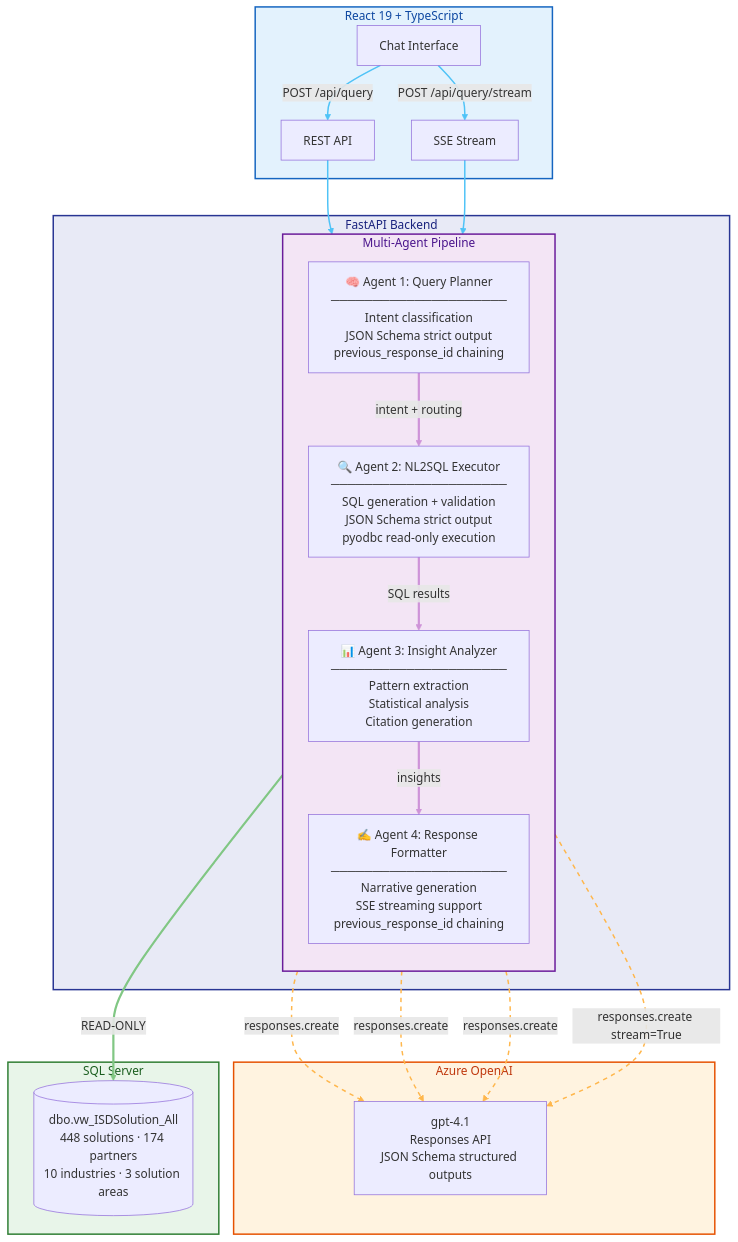
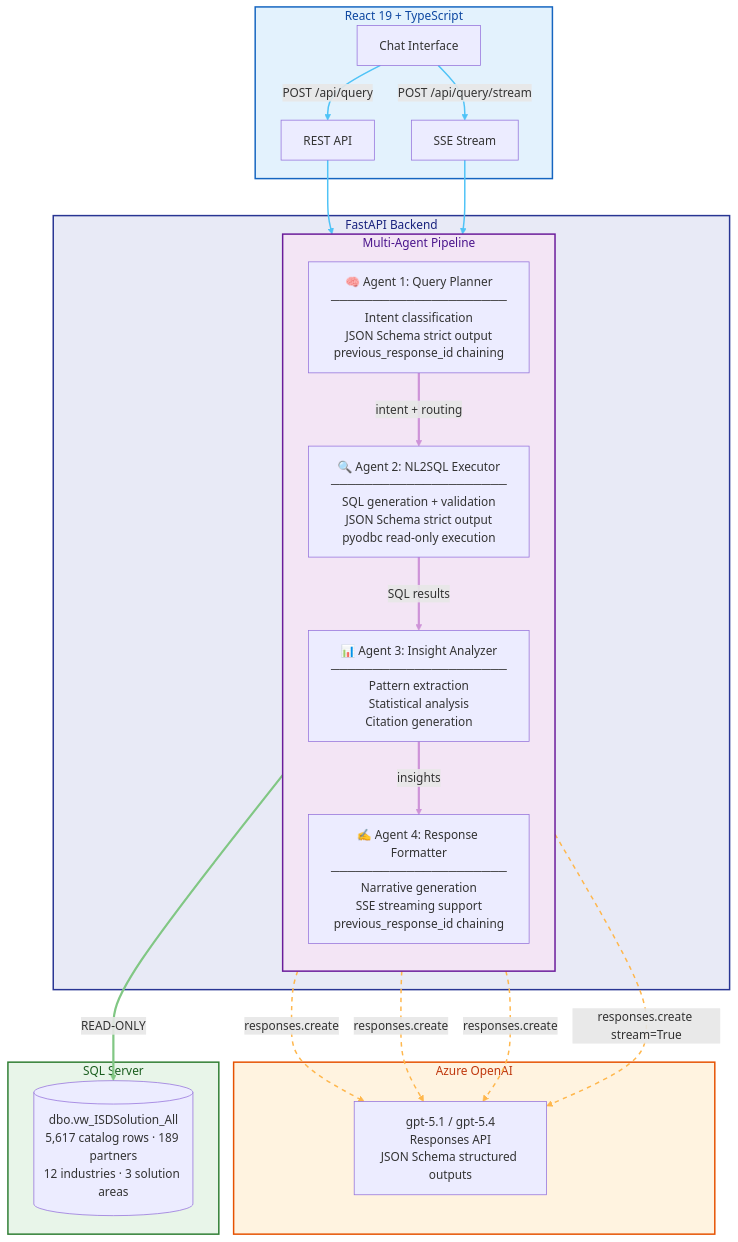
Before and after one commit to Arturo-Quiroga-MSFT/Industry-Solutions-Directory-PRO-Code: the diagram in README.md, drawn with Mermaid. The commit also changed other lines of this file and 125 other files, not shown here.

````diff
--- a/README.md
+++ b/README.md
@@ -44,48 +44,48 @@
 ```mermaid
 flowchart TB
     subgraph Frontend["React 19 + TypeScript"]
         UI[Chat Interface] -->|POST /api/query| API
         UI -->|POST /api/query/stream| SSE[SSE Stream]
     end
 
     subgraph Backend["FastAPI Backend"]
         API[REST API] --> Pipeline
         SSE --> Pipeline
     end
 
     subgraph Pipeline["Multi-Agent Pipeline"]
         direction TB
         A1["🧠 Agent 1: Query Planner\n─────────────────────\nIntent classification\nJSON Schema strict output\nprevious_response_id chaining"]
         A2["🔍 Agent 2: NL2SQL Executor\n─────────────────────\nSQL generation + validation\nJSON Schema strict output\npyodbc read-only execution"]
         A3["📊 Agent 3: Insight Analyzer\n─────────────────────\nPattern extraction\nStatistical analysis\nCitation generation"]
         A4["✍️ Agent 4: Response Formatter\n─────────────────────\nNarrative generation\nSSE streaming support\nprevious_response_id chaining"]
         A1 ==>|intent + routing| A2
         A2 ==>|SQL results| A3
         A3 ==>|insights| A4
     end
 
     subgraph LLM["Azure OpenAI"]
-        GPT["gpt-4.1\nResponses API\nJSON Schema structured outputs"]
+        GPT["gpt-5.1 / gpt-5.4\nResponses API\nJSON Schema structured outputs"]
     end
 
     subgraph DB["SQL Server"]
-        SQL[("dbo.vw_ISDSolution_All\n448 solutions · 174 partners\n10 industries · 3 solution areas")]
+        SQL[("dbo.vw_ISDSolution_All\n5,617 catalog rows · 189 partners\n12 industries · 3 solution areas")]
     end
 
     A1 -.->|responses.create| GPT
     A2 -.->|responses.create| GPT
     A3 -.->|responses.create| GPT
     A4 -.->|responses.create stream=True| GPT
     A2 ==>|READ-ONLY| SQL
 
     linkStyle 0,1,2,3 stroke:#4fc3f7,stroke-width:2px
     linkStyle 4,5,6 stroke:#ce93d8,stroke-width:3px
     linkStyle 7,8,9,10 stroke:#ffb74d,stroke-width:2px,stroke-dasharray:6
     linkStyle 11 stroke:#81c784,stroke-width:3px
 
     style Frontend fill:#e3f2fd,stroke:#1565c0,stroke-width:2px,color:#0d47a1
     style Backend fill:#e8eaf6,stroke:#283593,stroke-width:2px,color:#1a237e
     style Pipeline fill:#f3e5f5,stroke:#6a1b9a,stroke-width:2px,color:#4a148c
     style LLM fill:#fff3e0,stroke:#e65100,stroke-width:2px,color:#bf360c
     style DB fill:#e8f5e9,stroke:#2e7d32,stroke-width:2px,color:#1b5e20
 ```
````
